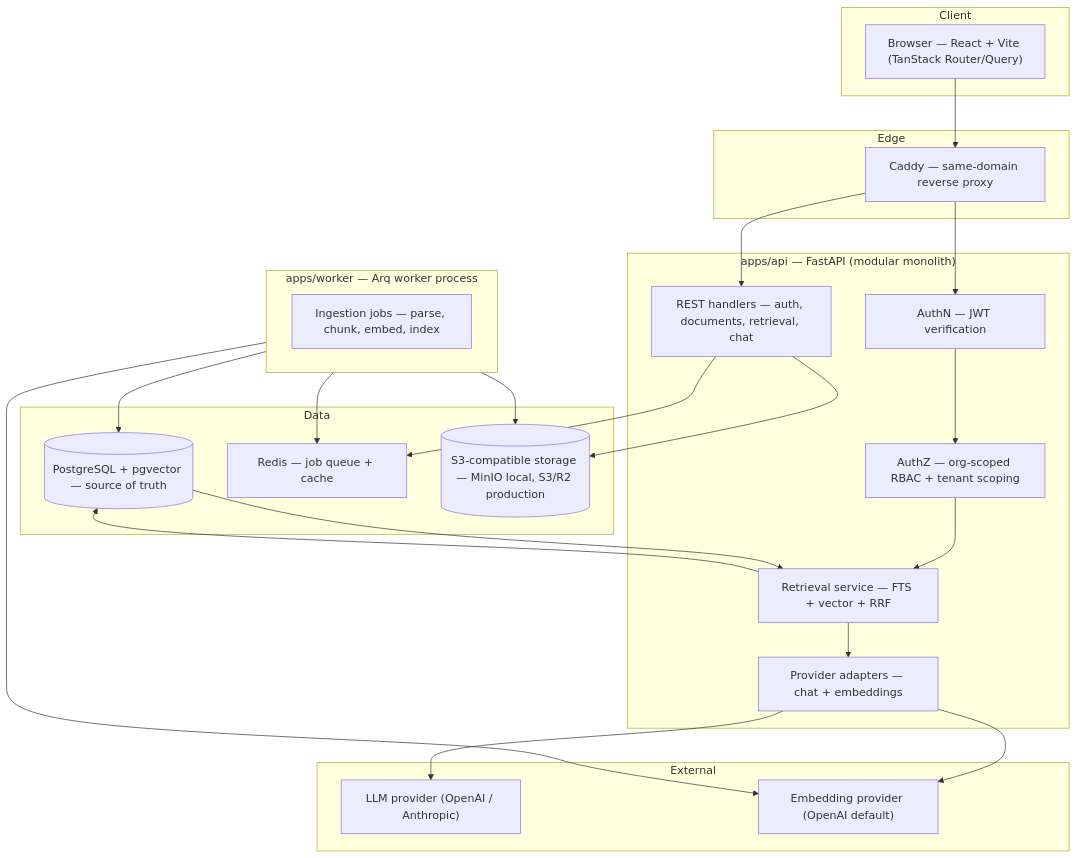
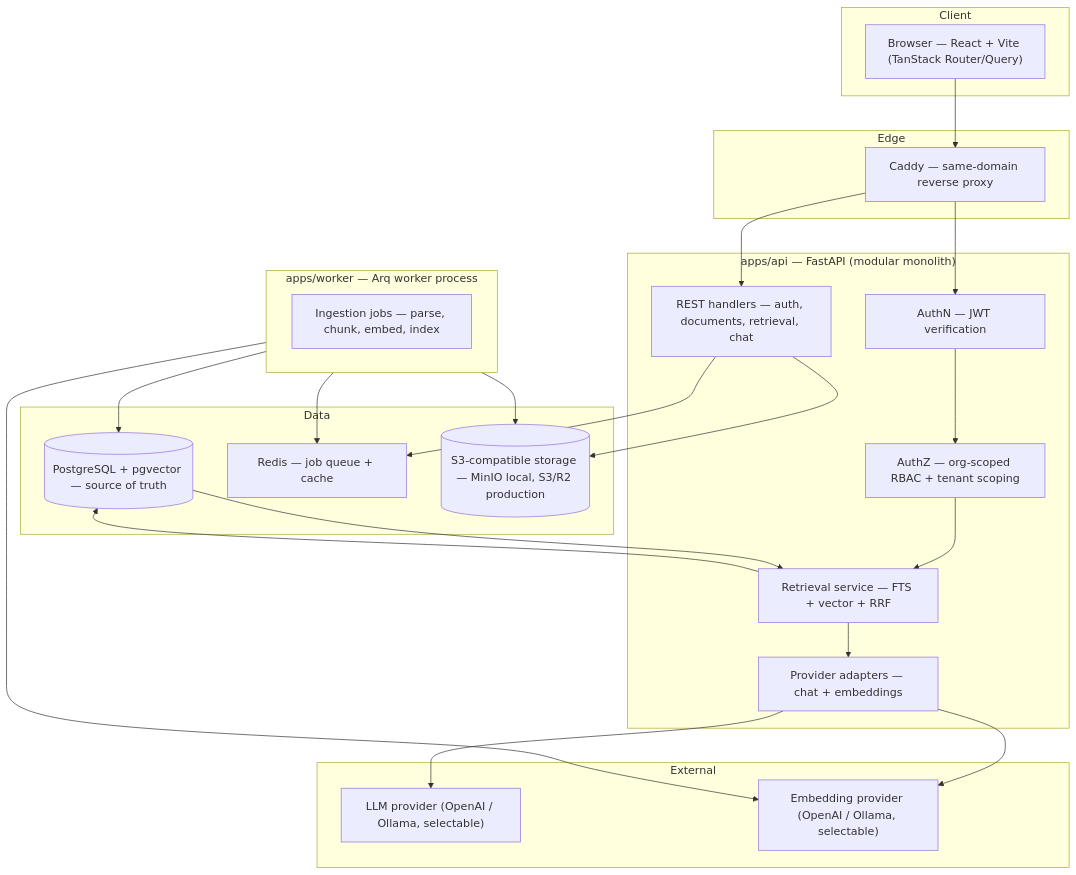
One commit to jonasotoaguilar/raguard changed the first of 4 diagrams in ARCHITECTURE.md. Above: the diagram before and after it, drawn with Mermaid. The commit also changed other lines of this file and 7 other files, not shown here.

````diff
--- a/ARCHITECTURE.md
+++ b/ARCHITECTURE.md
@@ -25,50 +25,50 @@
 ```mermaid
 graph TD
     subgraph Client
         Browser["Browser — React + Vite (TanStack Router/Query)"]
     end
 
     subgraph Edge
         Caddy["Caddy — same-domain reverse proxy"]
     end
 
     subgraph API["apps/api — FastAPI (modular monolith)"]
         Auth["AuthN — JWT verification"]
         ApiSvc["REST handlers — auth, documents, retrieval, chat"]
         Authz["AuthZ — org-scoped RBAC + tenant scoping"]
         Retr["Retrieval service — FTS + vector + RRF"]
         Prov["Provider adapters — chat + embeddings"]
     end
 
     subgraph Worker["apps/worker — Arq worker process"]
         Ingest["Ingestion jobs — parse, chunk, embed, index"]
     end
 
     subgraph Data
         PG[("PostgreSQL + pgvector — source of truth")]
         Redis["Redis — job queue + cache"]
         S3[("S3-compatible storage — MinIO local, S3/R2 production")]
     end
 
     subgraph External
-        LLM["LLM provider (OpenAI / Anthropic)"]
-        Emb["Embedding provider (OpenAI default)"]
+        LLM["LLM provider (OpenAI / Ollama, selectable)"]
+        Emb["Embedding provider (OpenAI / Ollama, selectable)"]
     end
 
     Browser --> Caddy
     Caddy --> ApiSvc
     Caddy --> Auth
     Auth --> Authz
     Authz --> Retr
     Retr --> PG
     Retr --> Prov
     ApiSvc --> Redis
     ApiSvc --> S3
     Worker --> Redis
     Worker --> S3
     Worker --> PG
     Worker --> Emb
     Prov --> LLM
     Prov --> Emb
     PG --> Retr
 ```
````
